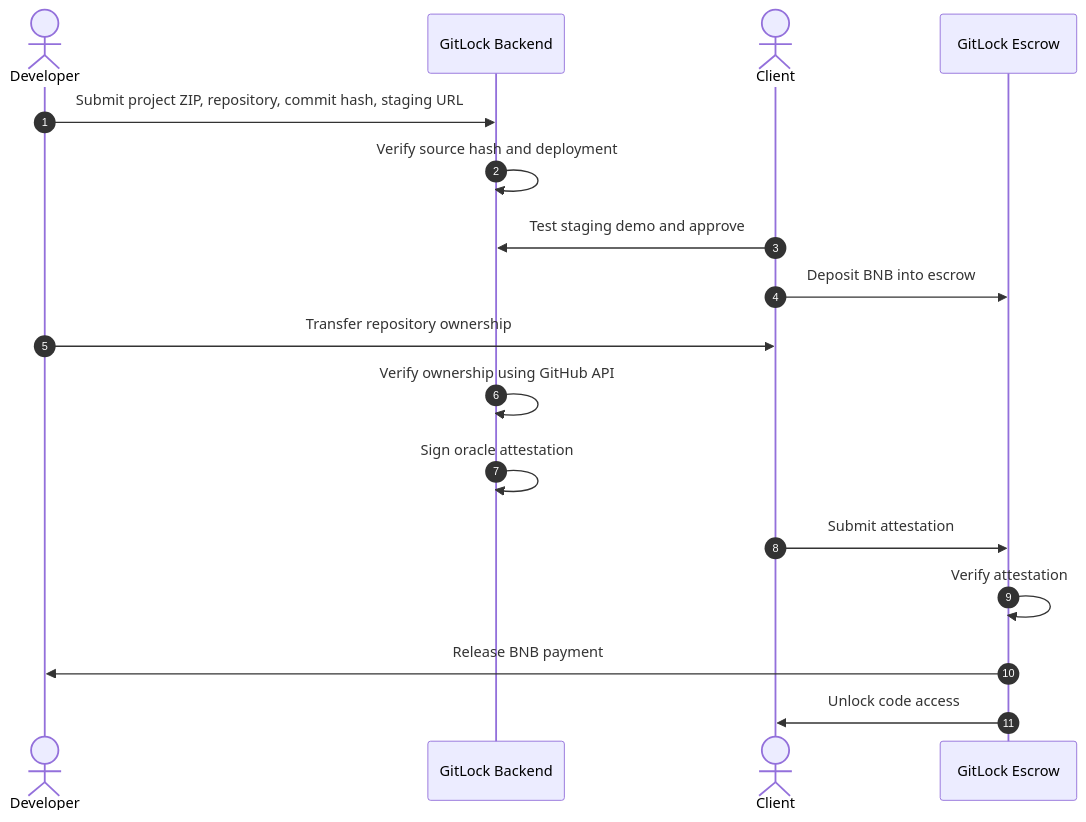
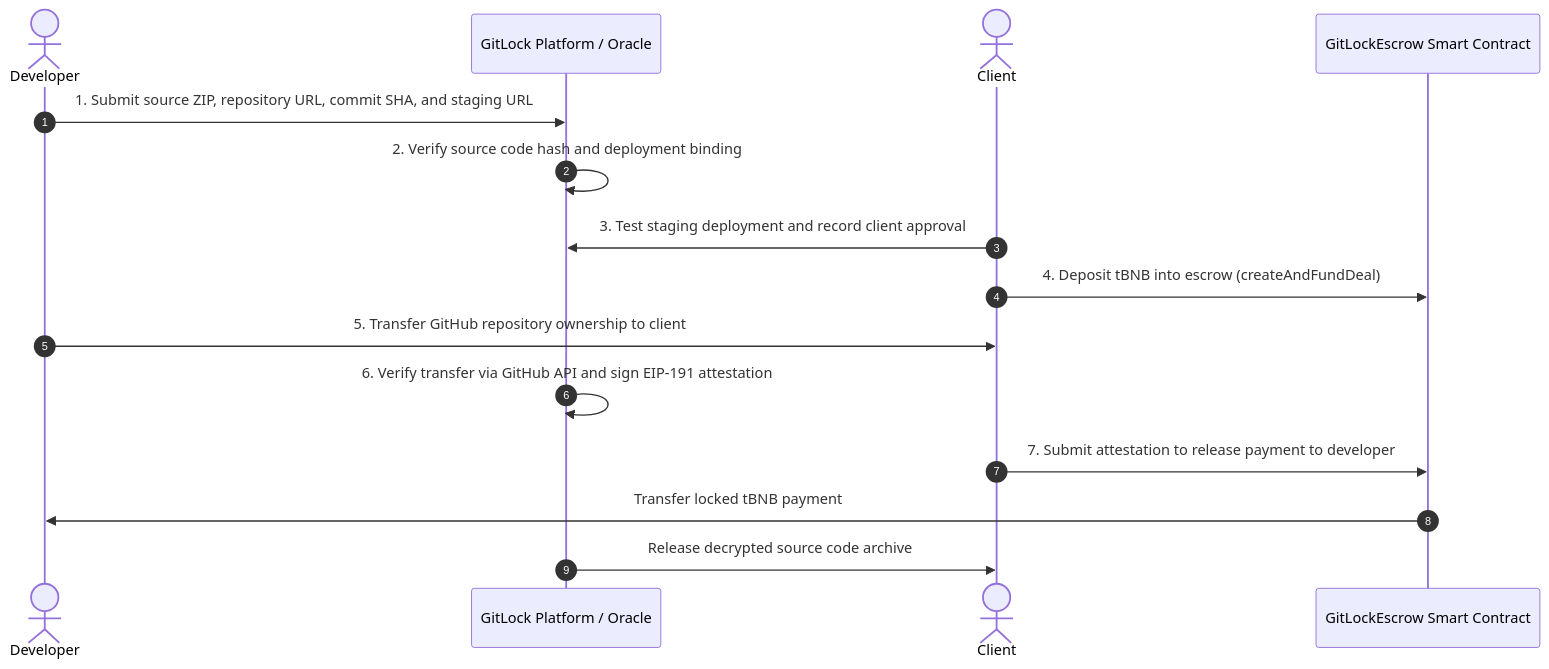
The diagram in README.md (Aashiq-Edavalapati/git-lock), drawn with Mermaid before and after one commit. The commit also changed other lines of this file and 5 other files, not shown here.

````diff
--- a/README.md
+++ b/README.md
@@ -15,20 +19,18 @@
 ```mermaid
 sequenceDiagram
     autonumber
-    actor Dev as Developer
-    participant GL as GitLock Backend
+    actor Developer as Developer
+    participant GitLock as GitLock Platform / Oracle
     actor Client as Client
-    participant SC as GitLock Escrow
+    participant Escrow as GitLockEscrow Smart Contract
 
-    Dev->>GL: Submit project ZIP, repository, commit hash, staging URL
-    GL->>GL: Verify source hash and deployment
-    Client->>GL: Test staging demo and approve
-    Client->>SC: Deposit BNB into escrow
-    Dev->>Client: Transfer repository ownership
-    GL->>GL: Verify ownership using GitHub API
-    GL->>GL: Sign oracle attestation
-    Client->>SC: Submit attestation
-    SC->>SC: Verify attestation
-    SC->>Dev: Release BNB payment
-    SC->>Client: Unlock code access
+    Developer->>GitLock: 1. Submit source ZIP, repository URL, commit SHA, and staging URL
+    GitLock->>GitLock: 2. Verify source code hash and deployment binding
+    Client->>GitLock: 3. Test staging deployment and record client approval
+    Client->>Escrow: 4. Deposit tBNB into escrow (createAndFundDeal)
+    Developer->>Client: 5. Transfer GitHub repository ownership to client
+    GitLock->>GitLock: 6. Verify transfer via GitHub API and sign EIP-191 attestation
+    Client->>Escrow: 7. Submit attestation to release payment to developer
+    Escrow->>Developer: Transfer locked tBNB payment
+    GitLock->>Client: Release decrypted source code archive
 ```
````
